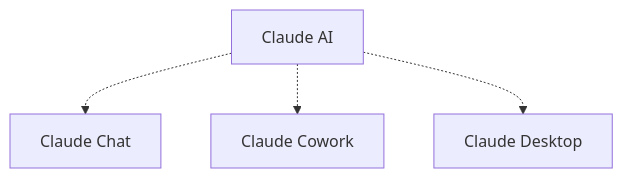
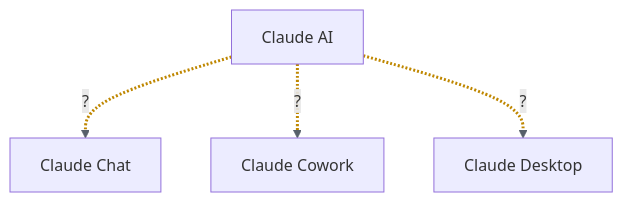
Before and after one commit to dpw67/pkm: the second of 9 diagrams in vocab/browse/map.md, drawn with Mermaid. The commit also changed other lines of this file and 3 other files, not shown here.

````diff
--- a/vocab/browse/map.md
+++ b/vocab/browse/map.md
@@ -38,10 +48,12 @@
 ```mermaid
 graph TD
   ClaudeAI["Claude AI"]
   ClaudeChat["Claude Chat"]
-  ClaudeAI -.-> ClaudeChat
+  ClaudeAI -.->|"?"| ClaudeChat
   ClaudeCowork["Claude Cowork"]
-  ClaudeAI -.-> ClaudeCowork
+  ClaudeAI -.->|"?"| ClaudeCowork
   ClaudeDesktop["Claude Desktop"]
-  ClaudeAI -.-> ClaudeDesktop
+  ClaudeAI -.->|"?"| ClaudeDesktop
+  linkStyle default stroke:#57606a,stroke-width:1.5px
+  linkStyle 0,1,2 stroke:#bf8700,stroke-width:3px
 ```
````
